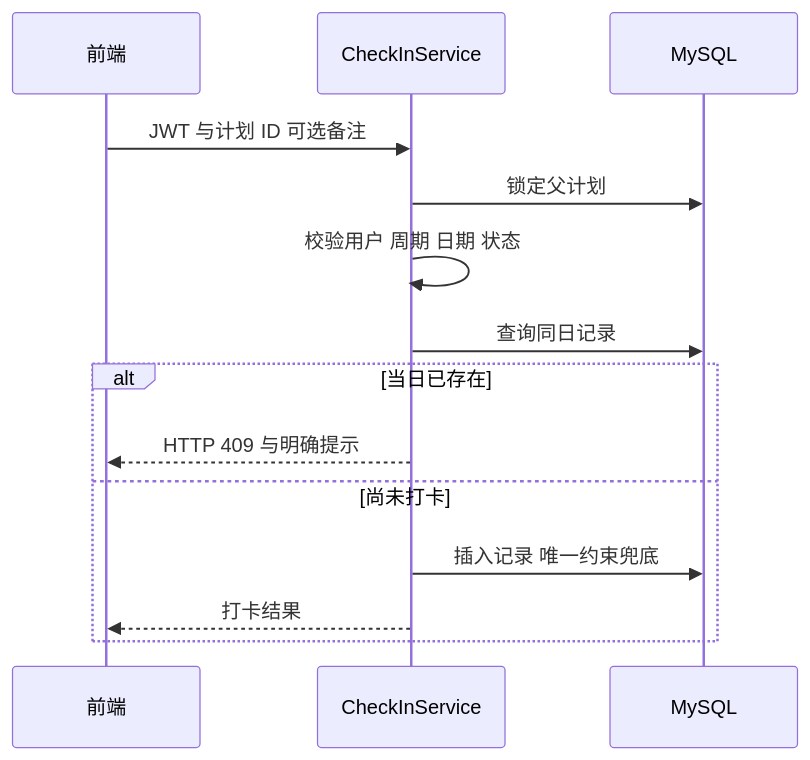
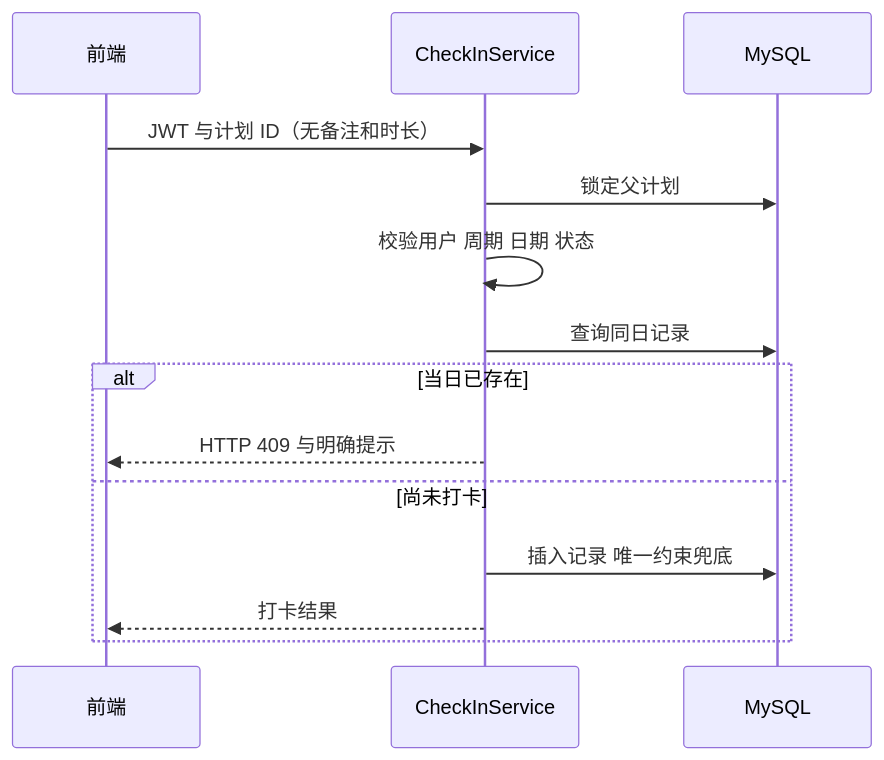
The third of 3 diagrams in docs/delivery/开发设计文档.md (AnthonyDeng121/LifeTrack), drawn with Mermaid before and after one commit. The commit also changed other lines of this file and 46 other files, not shown here.

````diff
--- a/docs/delivery/开发设计文档.md
+++ b/docs/delivery/开发设计文档.md
@@ -161,16 +161,16 @@
 ```mermaid
 sequenceDiagram
     participant F as 前端
     participant S as CheckInService
     participant D as MySQL
-    F->>S: JWT 与计划 ID 可选备注
+    F->>S: JWT 与计划 ID（无备注和时长）
     S->>D: 锁定父计划
     S->>S: 校验用户 周期 日期 状态
     S->>D: 查询同日记录
     alt 当日已存在
         S-->>F: HTTP 409 与明确提示
     else 尚未打卡
         S->>D: 插入记录 唯一约束兜底
         S-->>F: 打卡结果
     end
 ```
````
